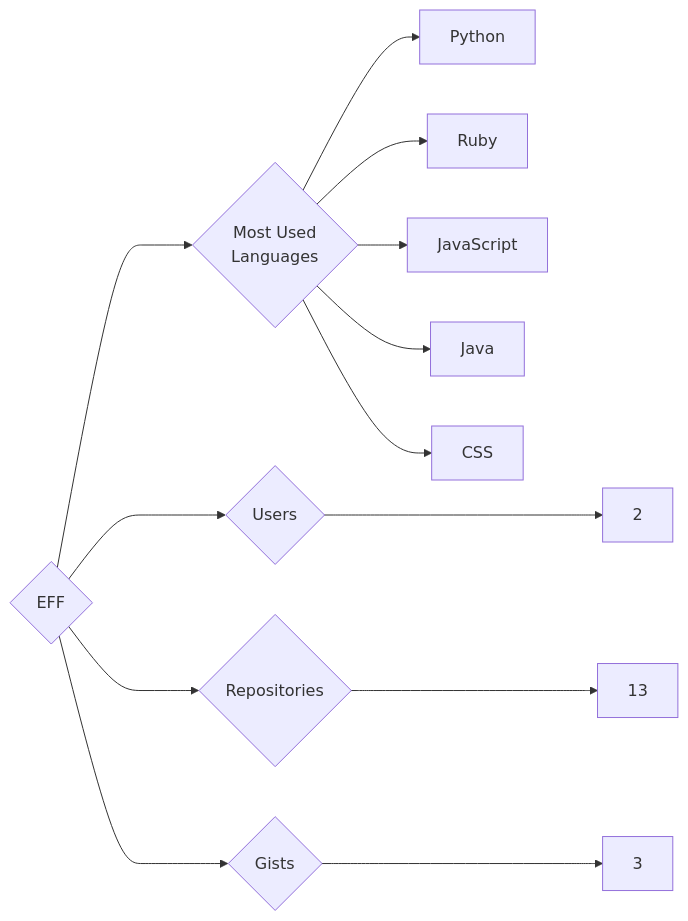
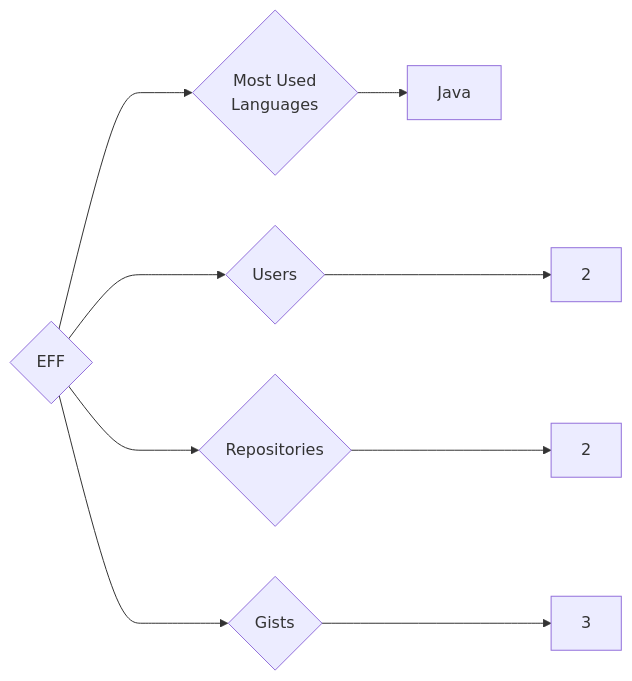
Before and after one commit to trickest/insiders: the diagram in targets/EFF/README.md, drawn with Mermaid. The commit also changed 1078 other files, not shown here.

````diff
--- a/targets/EFF/README.md
+++ b/targets/EFF/README.md
@@ -3,13 +3,9 @@
 ```mermaid
 graph LR
 COMPANY_NAME{EFF}
 COMPANY_NAME ---> U{Users} ---> UN[2]
-COMPANY_NAME ---> R{Repositories} ---> RN[13]
+COMPANY_NAME ---> R{Repositories} ---> RN[2]
 COMPANY_NAME ---> G{Gists} ---> GN[3]
 COMPANY_NAME ---> ML{Most Used<br>Languages}
-ML --> Python[Python]
-ML --> Ruby[Ruby]
-ML --> JavaScript[JavaScript]
 ML --> Java[Java]
-ML --> CSS[CSS]
 ```
````
